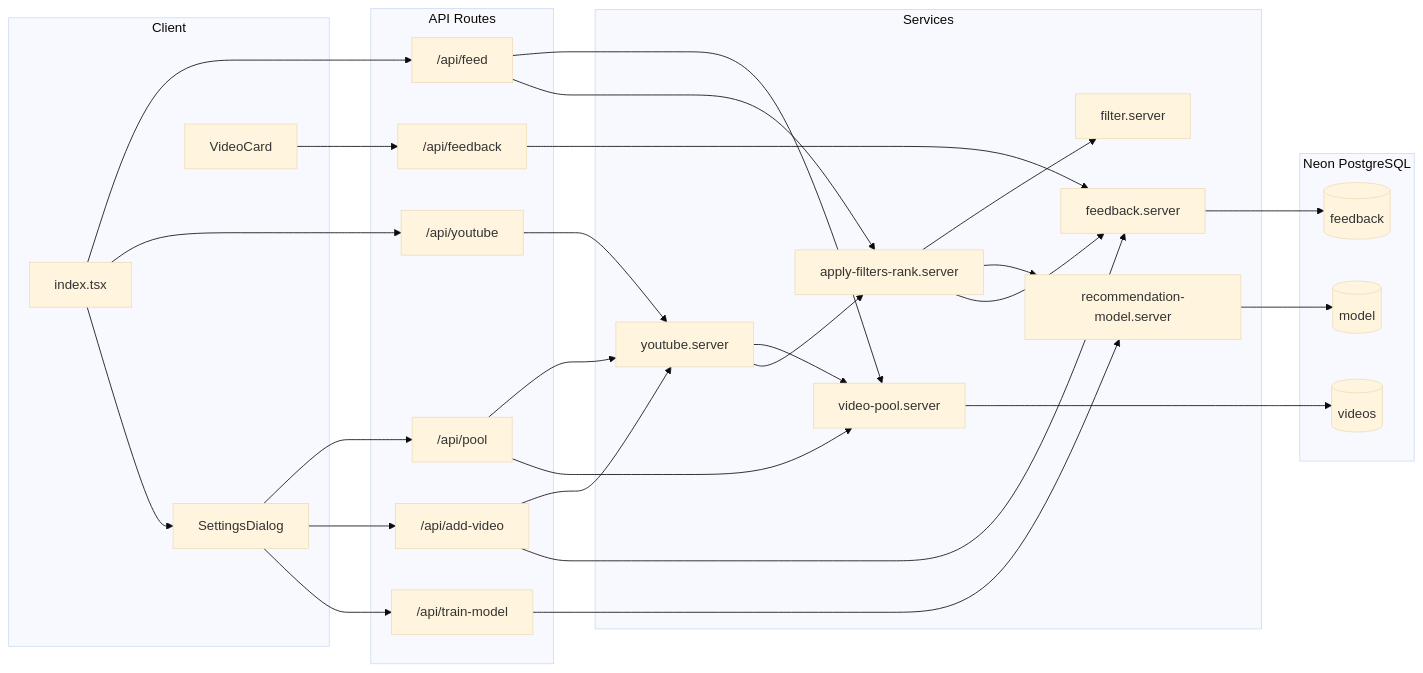
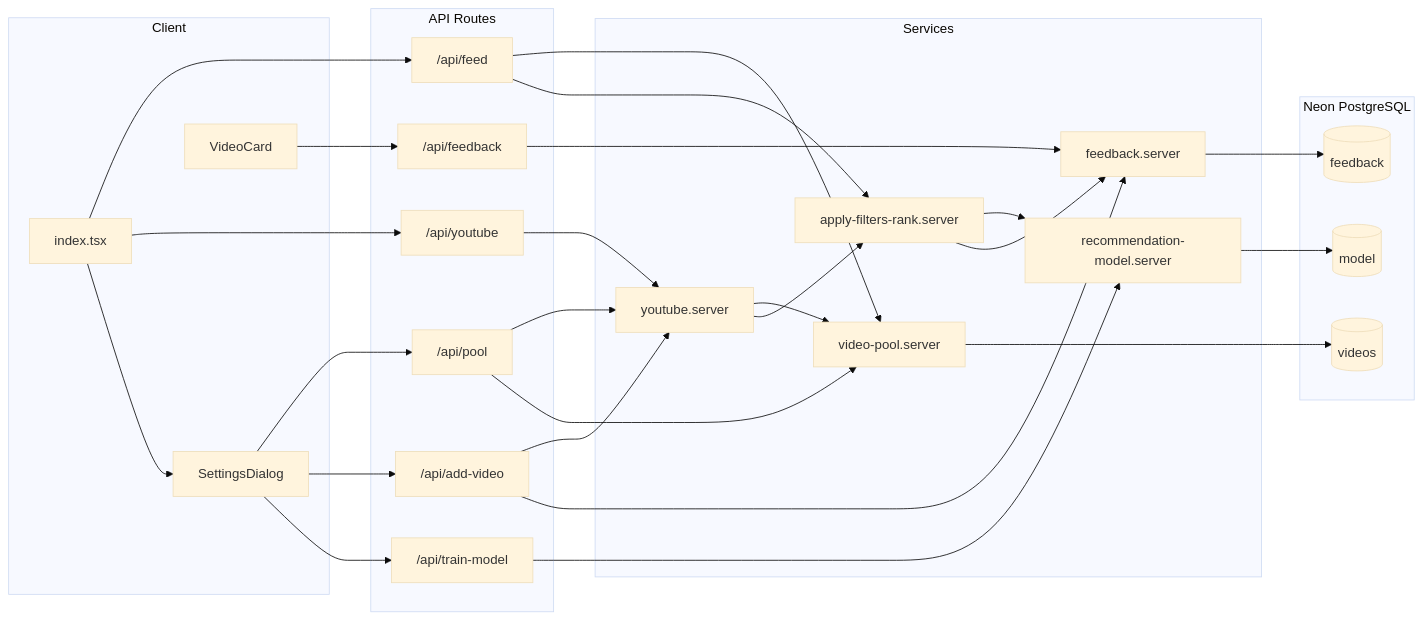
The diagram in README.md (tanuvnair/crazy-refresh-pull), drawn with Mermaid (base theme) before and after one commit. The commit also changed other lines of this file and 8 other files, not shown here.

````diff
--- a/README.md
+++ b/README.md
@@ -21,53 +21,51 @@
 ```mermaid
 flowchart LR
   subgraph client [Client]
     Home[index.tsx]
     Settings[SettingsDialog]
     VideoCard[VideoCard]
   end
   subgraph api [API Routes]
     feed["/api/feed"]
     youtube["/api/youtube"]
     pool["/api/pool"]
     feedback["/api/feedback"]
     addVideo["/api/add-video"]
     train["/api/train-model"]
   end
   subgraph services [Services]
     videoPool[video-pool.server]
     yt[youtube.server]
-    filter[filter.server]
     applyRank[apply-filters-rank.server]
     feedbackSvc[feedback.server]
     modelSvc[recommendation-model.server]
   end
   subgraph db [Neon PostgreSQL]
     videos[(videos)]
     feedbackTable[(feedback)]
     modelTable[(model)]
   end
   Home --> feed
   Home --> youtube
   Home --> Settings
   Settings --> pool
   Settings --> addVideo
   Settings --> train
   VideoCard --> feedback
   feed --> videoPool
   feed --> applyRank
   youtube --> yt
   yt --> videoPool
   yt --> applyRank
   pool --> yt
   pool --> videoPool
   addVideo --> yt
   addVideo --> feedbackSvc
   feedback --> feedbackSvc
   train --> modelSvc
   videoPool --> videos
   feedbackSvc --> feedbackTable
   modelSvc --> modelTable
-  applyRank --> filter
   applyRank --> modelSvc
   applyRank --> feedbackSvc
 ```
````
